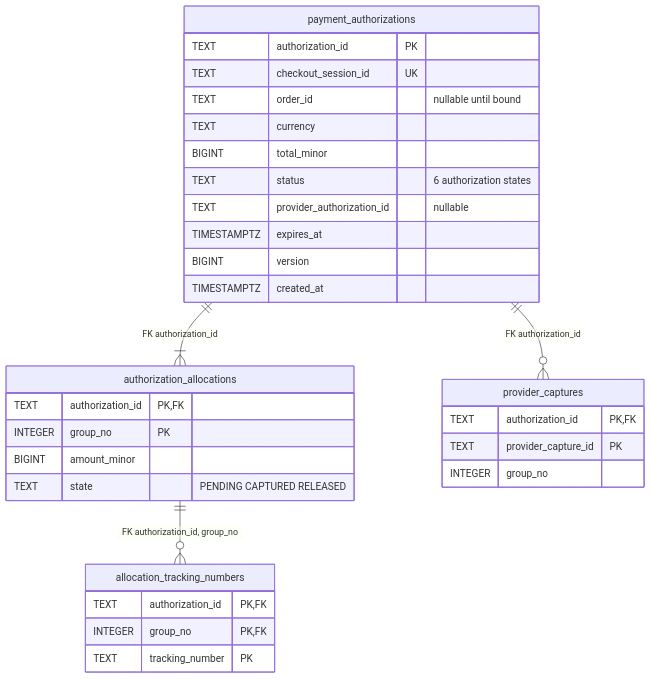
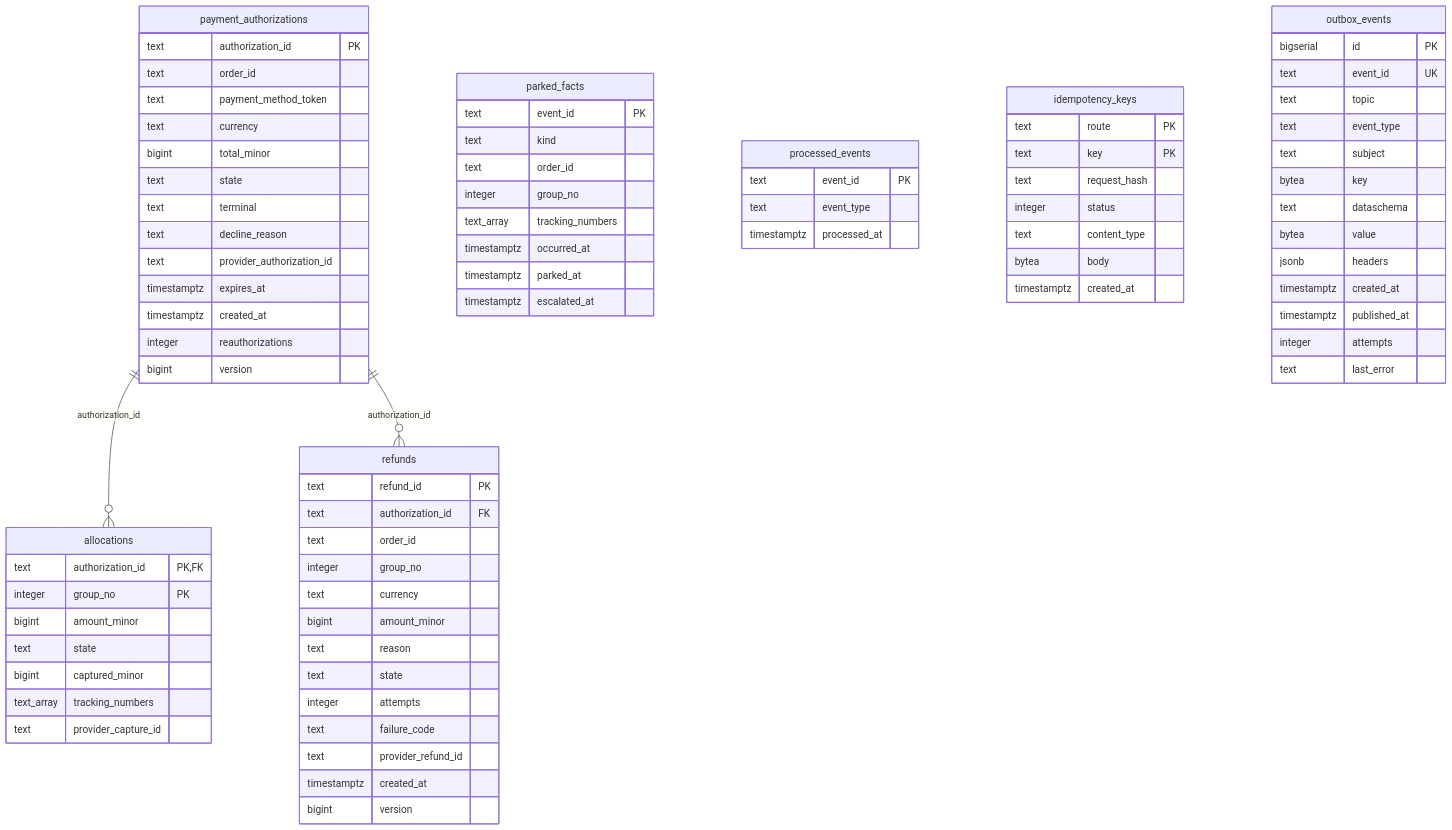
One commit to IQVO/warehouse-docs changed the diagram in storefront/docs/contexts/customer-payments/entity-relationship.md. Above: the diagram before and after it, drawn with Mermaid. The commit also changed other lines of this file and 83 other files, not shown here.

Commit message:
docs(storefront): context packs - as-built banner on all 84 pages, Entity Relationship pages regenerated from each migration, UL code identifiers and :revise route from develop

````diff
--- a/storefront/docs/contexts/customer-payments/entity-relationship.md
+++ b/storefront/docs/contexts/customer-payments/entity-relationship.md
@@ -26,34 +18,83 @@
 ```mermaid
 erDiagram
-    payment_authorizations ||--|{ authorization_allocations : "FK authorization_id"
-    authorization_allocations ||--o{ allocation_tracking_numbers : "FK authorization_id, group_no"
-    payment_authorizations ||--o{ provider_captures : "FK authorization_id"
     payment_authorizations {
-        TEXT authorization_id PK
-        TEXT checkout_session_id UK
-        TEXT order_id "nullable until bound"
-        TEXT currency
-        BIGINT total_minor
-        TEXT status "6 authorization states"
-        TEXT provider_authorization_id "nullable"
-        TIMESTAMPTZ expires_at
-        BIGINT version
-        TIMESTAMPTZ created_at
+        text authorization_id PK
+        text order_id
+        text payment_method_token
+        text currency
+        bigint total_minor
+        text state
+        text terminal
+        text decline_reason
+        text provider_authorization_id
+        timestamptz expires_at
+        timestamptz created_at
+        integer reauthorizations
+        bigint version
     }
-    authorization_allocations {
-        TEXT authorization_id PK,FK
-        INTEGER group_no PK
-        BIGINT amount_minor
-        TEXT state "PENDING CAPTURED RELEASED"
+    allocations {
+        text authorization_id PK,FK
+        integer group_no PK
+        bigint amount_minor
+        text state
+        bigint captured_minor
+        text_array tracking_numbers
+        text provider_capture_id
     }
-    allocation_tracking_numbers {
-        TEXT authorization_id PK,FK
-        INTEGER group_no PK,FK
-        TEXT tracking_number PK
+    refunds {
+        text refund_id PK
+        text authorization_id FK
+        text order_id
+        integer group_no
+        text currency
+        bigint amount_minor
+        text reason
+        text state
+        integer attempts
+        text failure_code
+        text provider_refund_id
+        timestamptz created_at
+        bigint version
     }
-    provider_captures {
-        TEXT authorization_id PK,FK
-        TEXT provider_capture_id PK
-        INTEGER group_no
+    parked_facts {
+        text event_id PK
+        text kind
+        text order_id
+        integer group_no
+        text_array tracking_numbers
+        timestamptz occurred_at
+        timestamptz parked_at
+        timestamptz escalated_at
     }
+    processed_events {
+        text event_id PK
+        text event_type
+        timestamptz processed_at
+    }
+    idempotency_keys {
+        text route PK
+        text key PK
+        text request_hash
+        integer status
+        text content_type
+        bytea body
+        timestamptz created_at
+    }
+    outbox_events {
+        bigserial id PK
+        text event_id UK
+        text topic
+        text event_type
+        text subject
+        bytea key
+        text dataschema
+        bytea value
+        jsonb headers
+        timestamptz created_at
+        timestamptz published_at
+        integer attempts
+        text last_error
+    }
+    payment_authorizations ||--o{ allocations : "authorization_id"
+    payment_authorizations ||--o{ refunds : "authorization_id"
 ```
````
